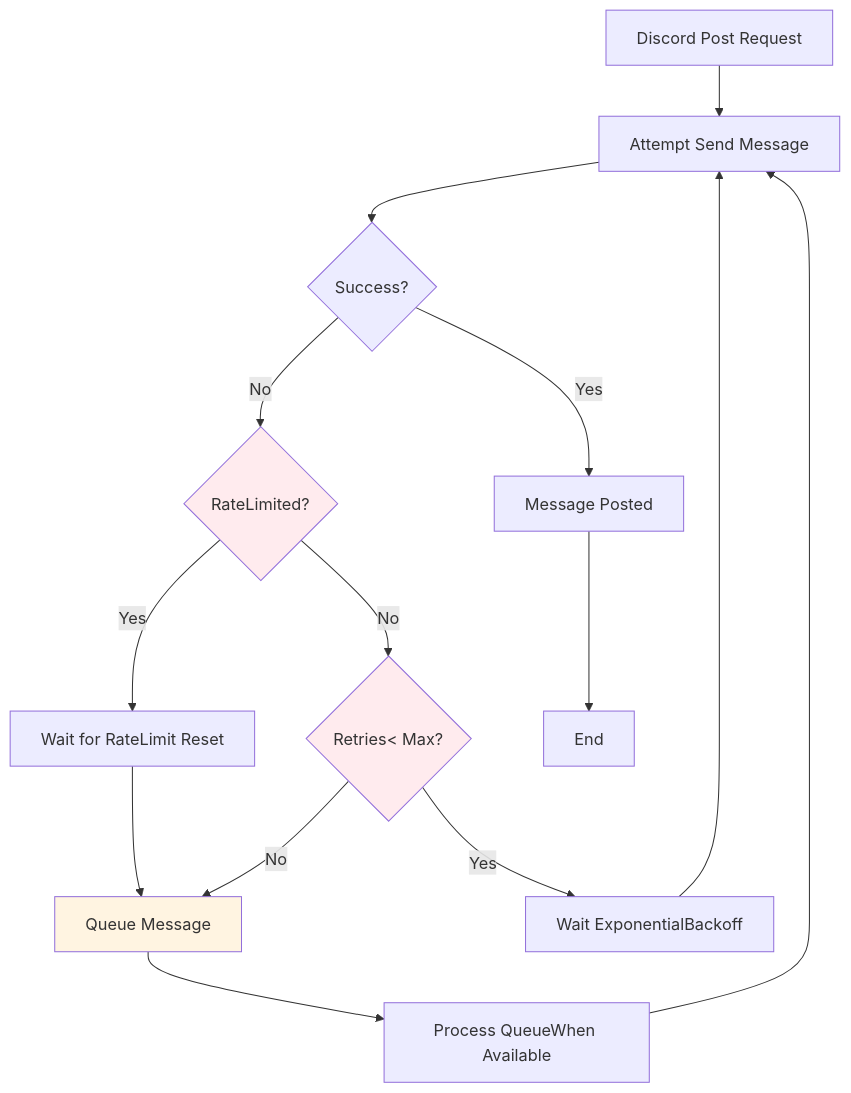
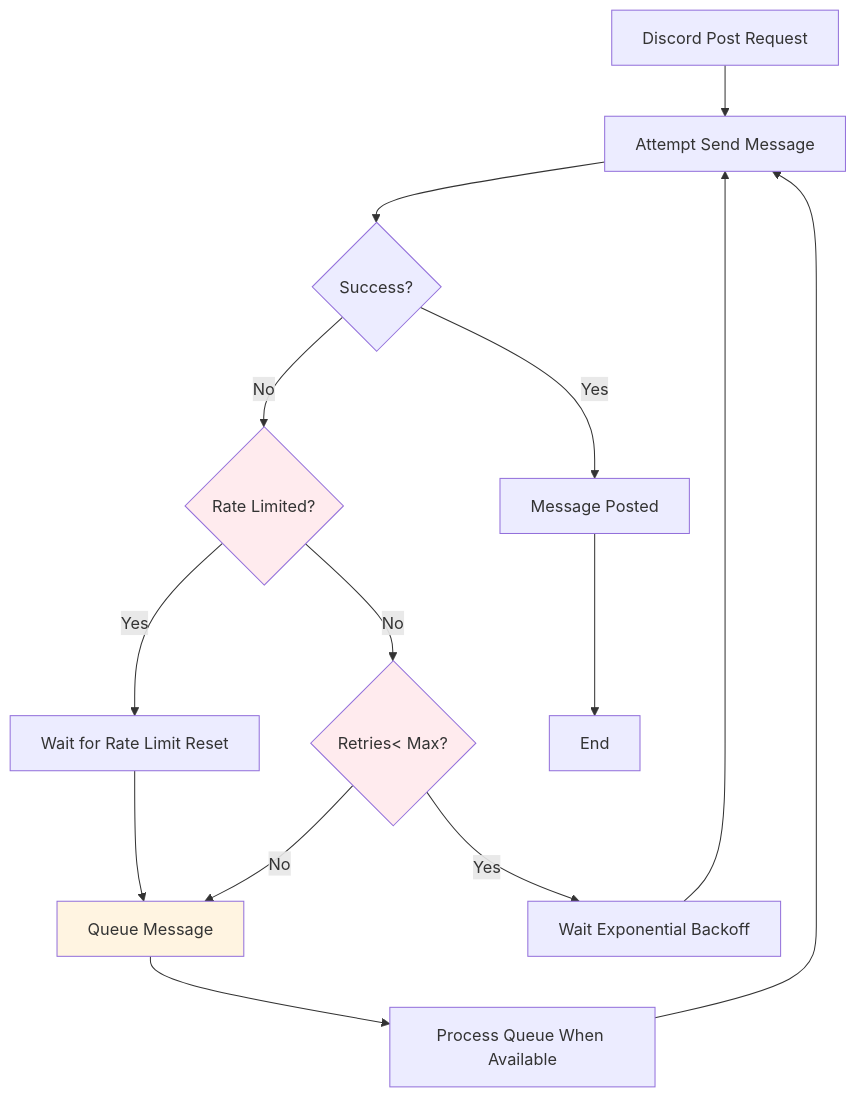
One commit to jak-pan/super-brainstorm-bot changed diagram 14 of 16 in ARCHITECTURE.md. Above: the diagram before and after it, drawn with Mermaid. The commit also changed other lines of this file, not shown here.

Commit message:
Fix: Add missing spaces in Mermaid diagram labels after br tag removal

````diff
--- a/ARCHITECTURE.md
+++ b/ARCHITECTURE.md
@@ -1116,26 +1116,26 @@
 ```mermaid
 flowchart TD
     Start[Discord Post Request] --> Attempt[Attempt Send Message]
     Attempt --> Success{Success?}
     
     Success -->|Yes| Complete[Message Posted]
     
-    Success -->|No| CheckRateLimit{RateLimited?}
-    CheckRateLimit -->|Yes| WaitRateLimit[Wait for RateLimit Reset]
+    Success -->|No| CheckRateLimit{Rate Limited?}
+    CheckRateLimit -->|Yes| WaitRateLimit[Wait for Rate Limit Reset]
     WaitRateLimit --> QueueMessage[Queue Message]
     
     CheckRateLimit -->|No| CheckRetries{Retries< Max?}
-    CheckRetries -->|Yes| WaitBackoff[Wait ExponentialBackoff]
+    CheckRetries -->|Yes| WaitBackoff[Wait Exponential Backoff]
     WaitBackoff --> Attempt
     
     CheckRetries -->|No| QueueMessage
     
-    QueueMessage --> ProcessQueue[Process QueueWhen Available]
+    QueueMessage --> ProcessQueue[Process Queue When Available]
     ProcessQueue --> Attempt
     
     Complete --> End[End]
     
     style CheckRateLimit fill:#ffebee
     style CheckRetries fill:#ffebee
     style QueueMessage fill:#fff4e1
 ```
````
